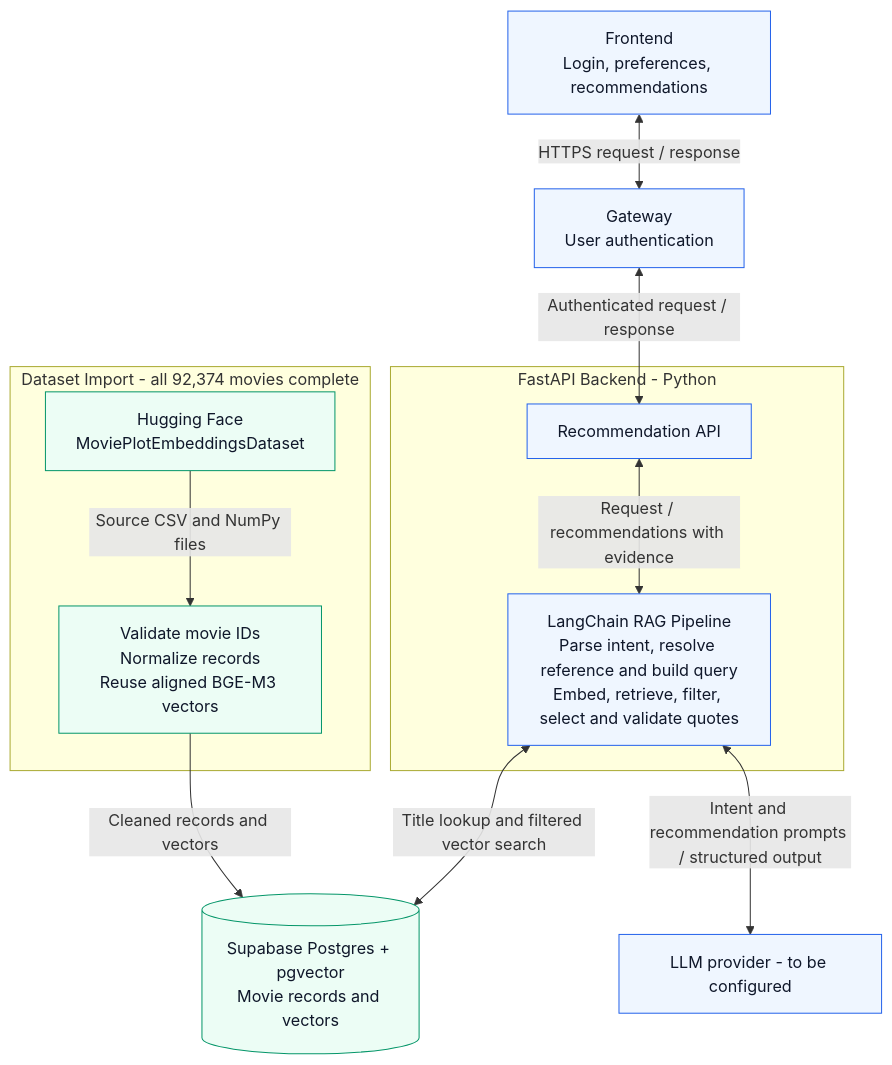
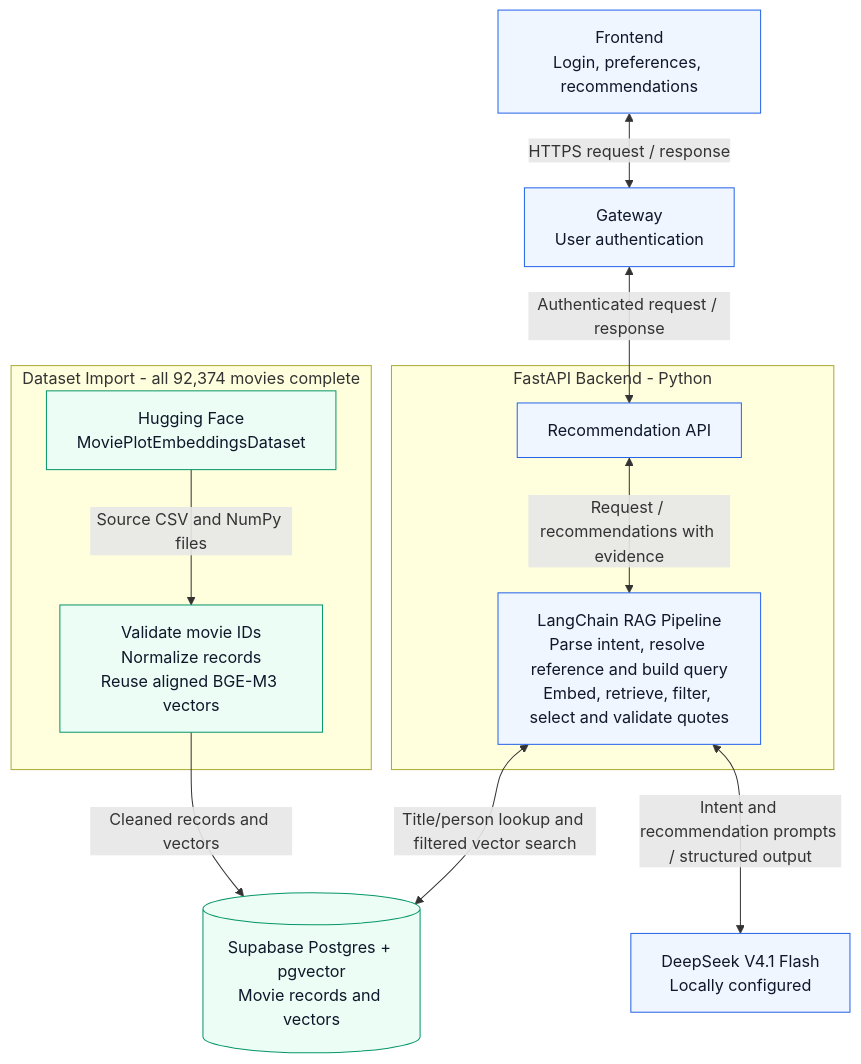
One commit to Ed1sonL1-byte/v-me-50 changed the diagram in docs/project-plan.md. Above: the diagram before and after it, drawn with Mermaid. The commit also changed other lines of this file and 18 other files, not shown here.

Commit message:
Integrate DeepSeek and retrieve movies by cast or director

````diff
--- a/docs/project-plan.md
+++ b/docs/project-plan.md
@@ -18,26 +18,26 @@
 ```mermaid
 flowchart TB
     frontend["Frontend<br/>Login, preferences, recommendations"]
     gateway["Gateway<br/>User authentication"]
     subgraph backend["FastAPI Backend - Python"]
         api["Recommendation API"]
         chain["LangChain RAG Pipeline<br/>Parse intent, resolve reference and build query<br/>Embed, retrieve, filter, select and validate quotes"]
         api <-->|Request / recommendations with evidence| chain
     end
     frontend <-->|HTTPS request / response| gateway
     gateway <-->|Authenticated request / response| api
-    chain <-->|Title lookup and filtered vector search| postgres[("Supabase Postgres + pgvector<br/>Movie records and vectors")]
-    chain <-->|Intent and recommendation prompts / structured output| llm["LLM provider - to be configured"]
+    chain <-->|Title/person lookup and filtered vector search| postgres[("Supabase Postgres + pgvector<br/>Movie records and vectors")]
+    chain <-->|Intent and recommendation prompts / structured output| llm["DeepSeek V4.1 Flash<br/>Locally configured"]
 
     subgraph ingestion["Dataset Import - all 92,374 movies complete"]
         dataset["Hugging Face<br/>MoviePlotEmbeddingsDataset"]
         clean["Validate movie IDs<br/>Normalize records<br/>Reuse aligned BGE-M3 vectors"]
         dataset -->|Source CSV and NumPy files| clean
     end
     clean -->|Cleaned records and vectors| postgres
 
     classDef service fill:#eff6ff,stroke:#2563eb,color:#0f172a
     classDef data fill:#ecfdf5,stroke:#059669,color:#0f172a
     class frontend,gateway,api,chain,llm service
     class postgres,dataset,clean data
 ```
````
